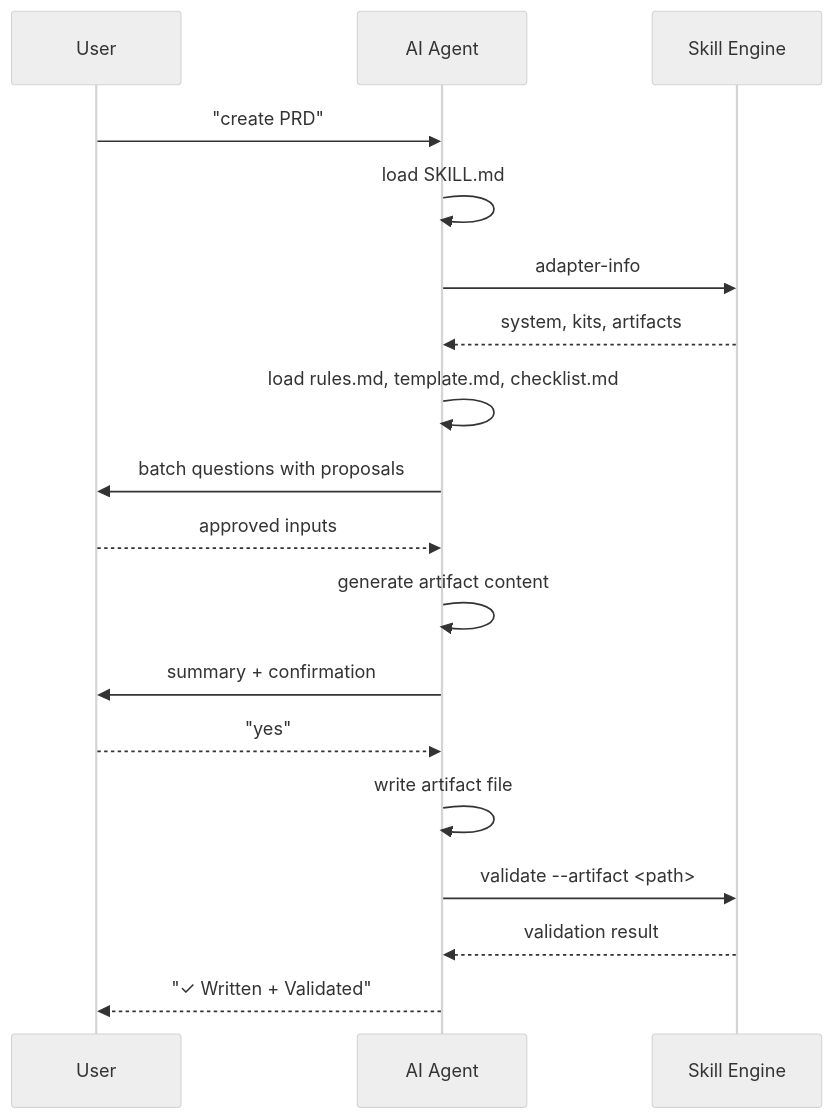
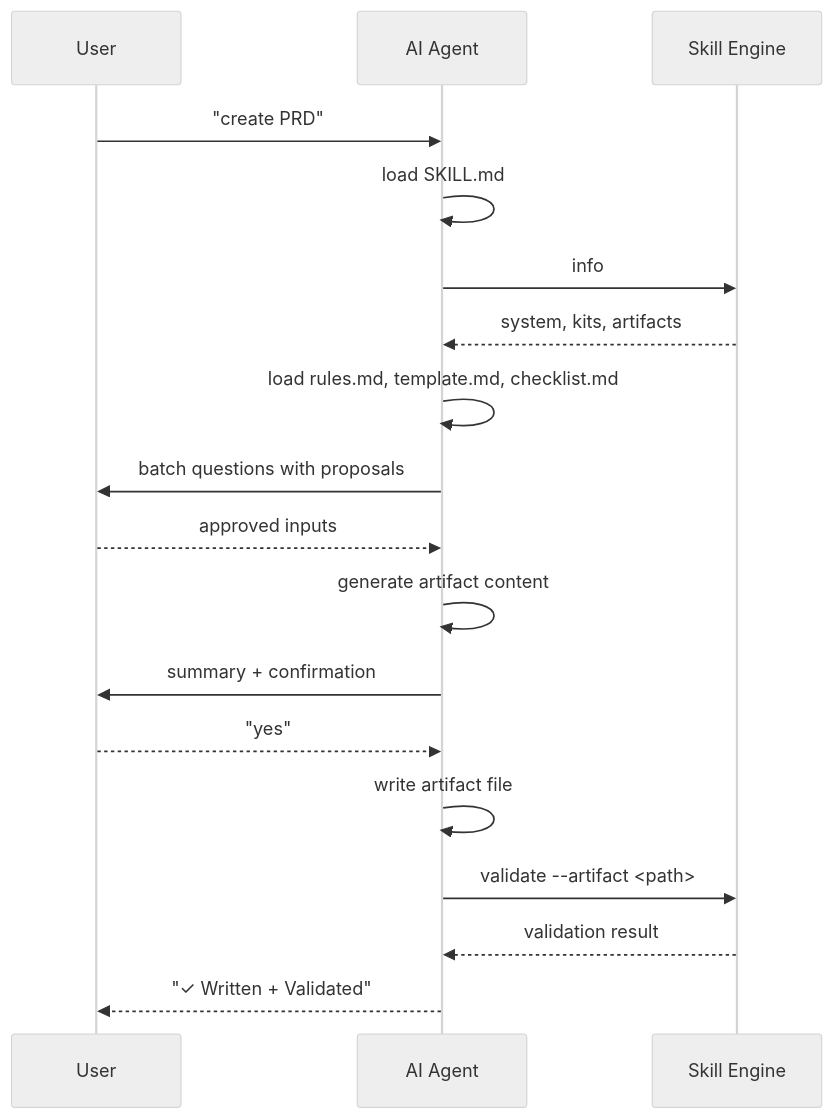
The fourth of 7 diagrams in architecture/DESIGN.md (cyberfabric/cyber-pilot), drawn with Mermaid (neutral theme) before and after one commit. The commit also changed other lines of this file and 22 other files, not shown here.

First line of the commit message:
docs: rename adapter-info command to info throughout all documentation and code

````diff
--- a/architecture/DESIGN.md
+++ b/architecture/DESIGN.md
@@ -863,17 +863,17 @@
 ```mermaid
 sequenceDiagram
     User->>AI Agent: "create PRD"
     AI Agent->>AI Agent: load SKILL.md
-    AI Agent->>Skill Engine: adapter-info
+    AI Agent->>Skill Engine: info
     Skill Engine-->>AI Agent: system, kits, artifacts
     AI Agent->>AI Agent: load rules.md, template.md, checklist.md
     AI Agent->>User: batch questions with proposals
     User-->>AI Agent: approved inputs
     AI Agent->>AI Agent: generate artifact content
     AI Agent->>User: summary + confirmation
     User-->>AI Agent: "yes"
     AI Agent->>AI Agent: write artifact file
     AI Agent->>Skill Engine: validate --artifact <path>
     Skill Engine-->>AI Agent: validation result
     AI Agent-->>User: "✓ Written + Validated"
 ```
````
